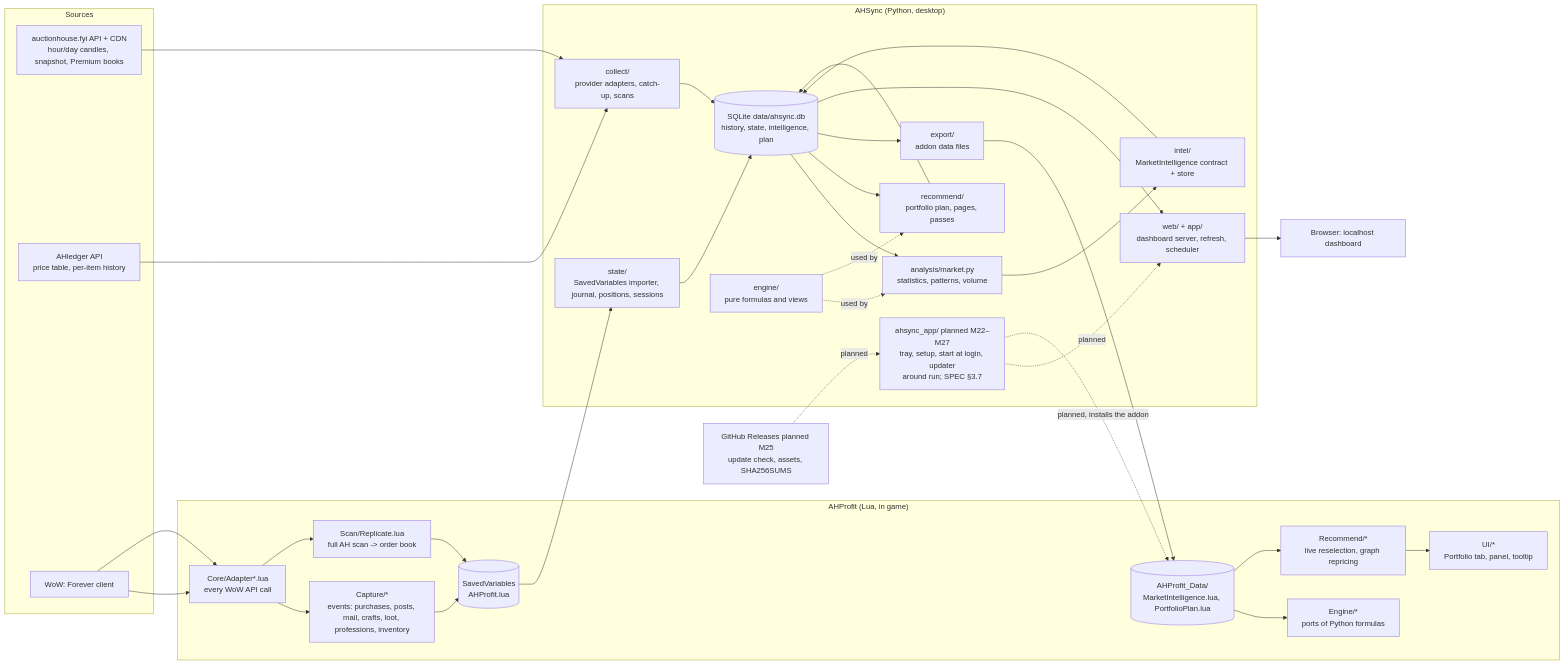
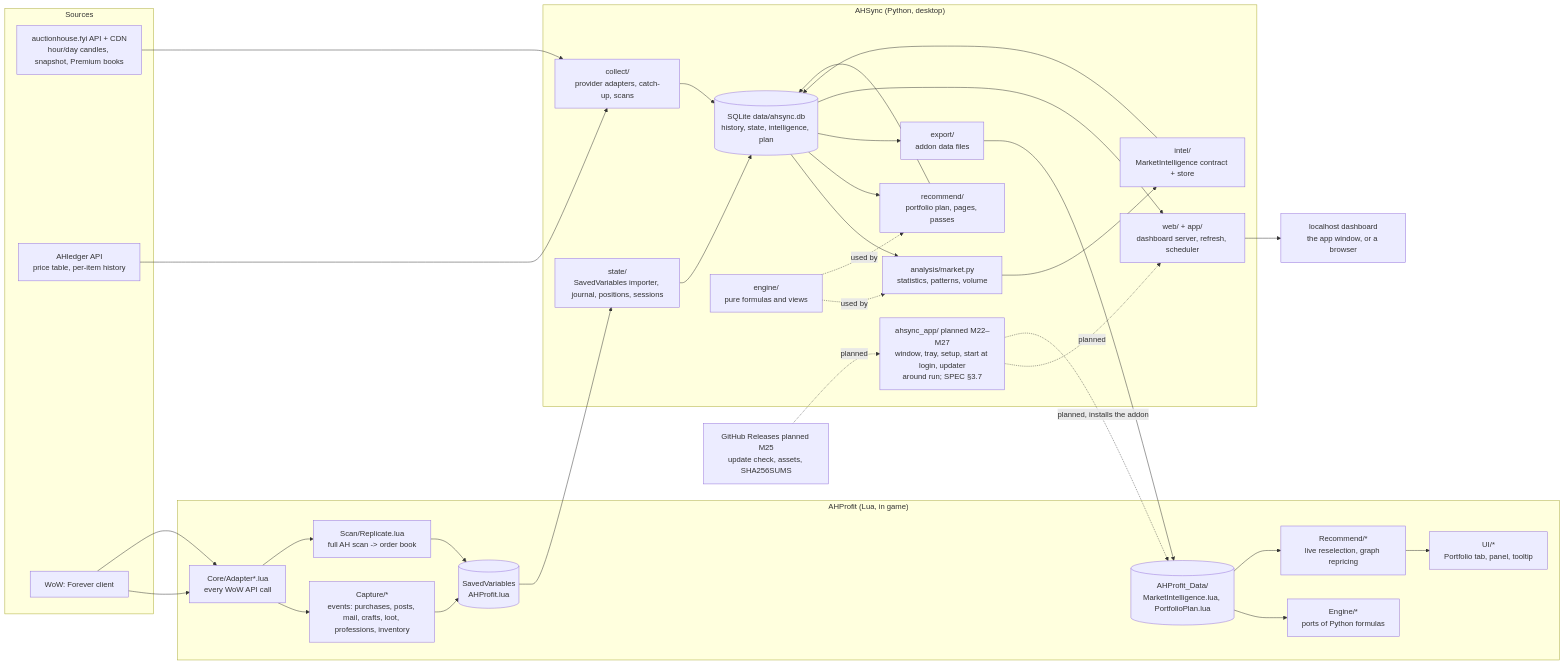
Before and after one commit to ctng1213/WowAuction: the first of 8 diagrams in docs/ARCHITECTURE.md, drawn with Mermaid. The commit also changed other lines of this file and 4 other files, not shown here.

````diff
--- a/docs/ARCHITECTURE.md
+++ b/docs/ARCHITECTURE.md
@@ -11,53 +11,53 @@
 ```mermaid
 flowchart LR
   subgraph Sources
     AHF[auctionhouse.fyi API + CDN<br/>hour/day candles, snapshot, Premium books]
     AHL[AHledger API<br/>price table, per-item history]
     Game[WoW: Forever client]
   end
 
   subgraph Addon["AHProfit (Lua, in game)"]
     Adapter[Core/Adapter*.lua<br/>every WoW API call]
     Capture[Capture/*<br/>events: purchases, posts, mail, crafts, loot, professions, inventory]
     Scan[Scan/Replicate.lua<br/>full AH scan -> order book]
     AEngine[Engine/*<br/>ports of Python formulas]
     Reselect[Recommend/*<br/>live reselection, graph repricing]
     UI[UI/*<br/>Portfolio tab, panel, tooltip]
     SV[(SavedVariables<br/>AHProfit.lua)]
     DataFiles[(AHProfit_Data/<br/>MarketIntelligence.lua, PortfolioPlan.lua)]
   end
 
   subgraph AHSync["AHSync (Python, desktop)"]
     Collect[collect/<br/>provider adapters, catch-up, scans]
     DB[(SQLite data/ahsync.db<br/>history, state, intelligence, plan)]
     Analysis[analysis/market.py<br/>statistics, patterns, volume]
     Intel[intel/<br/>MarketIntelligence contract + store]
     State[state/<br/>SavedVariables importer, journal, positions, sessions]
     Recommend[recommend/<br/>portfolio plan, pages, passes]
     Engine[engine/<br/>pure formulas and views]
     Export[export/<br/>addon data files]
     Web[web/ + app/<br/>dashboard server, refresh, scheduler]
-    Shell[ahsync_app/ planned M22–M27<br/>tray, setup, start at login, updater<br/>around run; SPEC §3.7]
+    Shell[ahsync_app/ planned M22–M27<br/>window, tray, setup, start at login, updater<br/>around run; SPEC §3.7]
   end
 
-  Dashboard[Browser: localhost dashboard]
+  Dashboard[localhost dashboard<br/>the app window, or a browser]
   GH[GitHub Releases planned M25<br/>update check, assets, SHA256SUMS]
 
   AHF --> Collect
   AHL --> Collect
   GH -.planned.-> Shell
   Shell -.planned.-> Web
   Shell -.planned, installs the addon.-> DataFiles
   Game --> Adapter --> Capture --> SV
   Game --> Adapter --> Scan --> SV
   SV --> State
   Collect --> DB
   State --> DB
   DB --> Analysis --> Intel --> DB
   DB --> Recommend --> DB
   Engine -.used by.-> Analysis
   Engine -.used by.-> Recommend
   DB --> Export --> DataFiles --> AEngine
   DataFiles --> Reselect --> UI
   DB --> Web --> Dashboard
 ```
````
